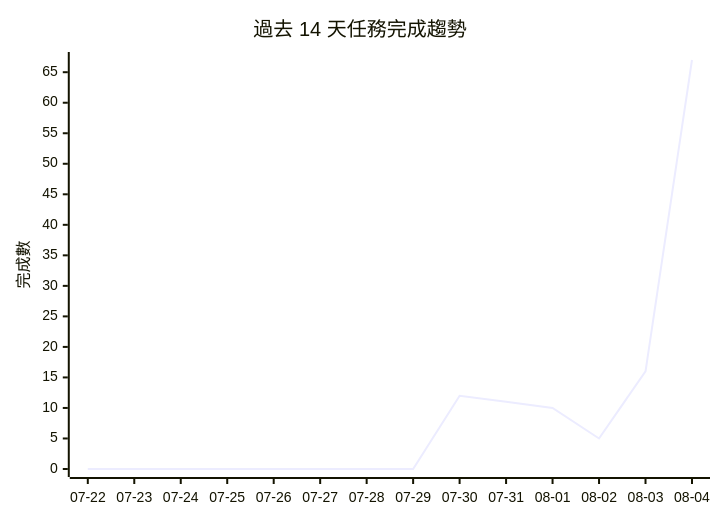
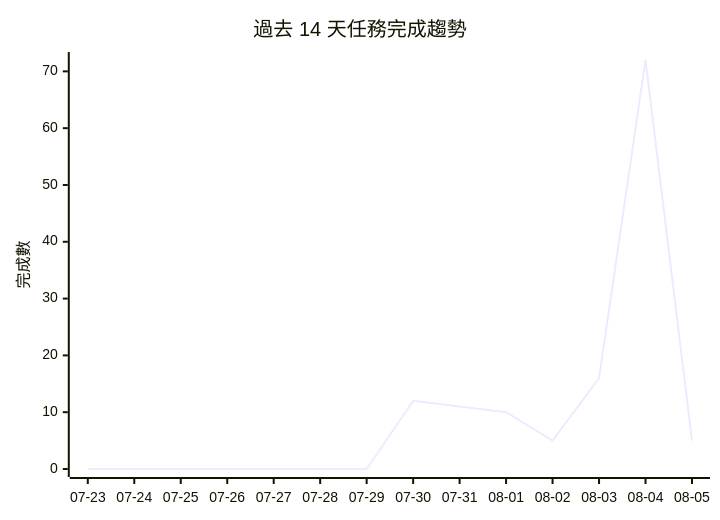
Before and after one commit to gentoobreaking/ai-tasks: the diagram in PROJECTS.md, drawn with Mermaid. The commit also changed other lines of this file and 78 other files, not shown here.

````diff
--- a/PROJECTS.md
+++ b/PROJECTS.md
@@ -188,7 +193,7 @@
 ```mermaid
 xychart-beta
     title "過去 14 天任務完成趨勢"
-    x-axis ["07-22", "07-23", "07-24", "07-25", "07-26", "07-27", "07-28", "07-29", "07-30", "07-31", "08-01", "08-02", "08-03", "08-04"]
-    y-axis "完成數" 0 --> 67
-    line [0, 0, 0, 0, 0, 0, 0, 0, 12, 11, 10, 5, 16, 67]
+    x-axis ["07-23", "07-24", "07-25", "07-26", "07-27", "07-28", "07-29", "07-30", "07-31", "08-01", "08-02", "08-03", "08-04", "08-05"]
+    y-axis "完成數" 0 --> 72
+    line [0, 0, 0, 0, 0, 0, 0, 12, 11, 10, 5, 16, 72, 5]
 ```
````
